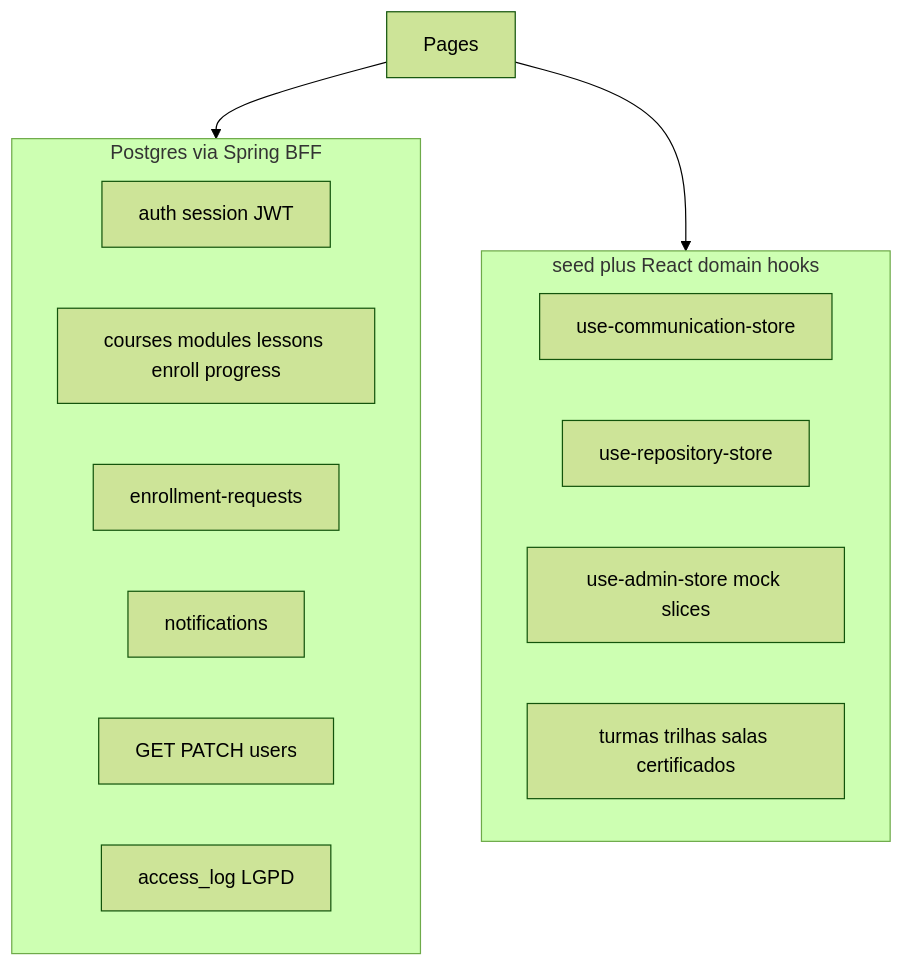
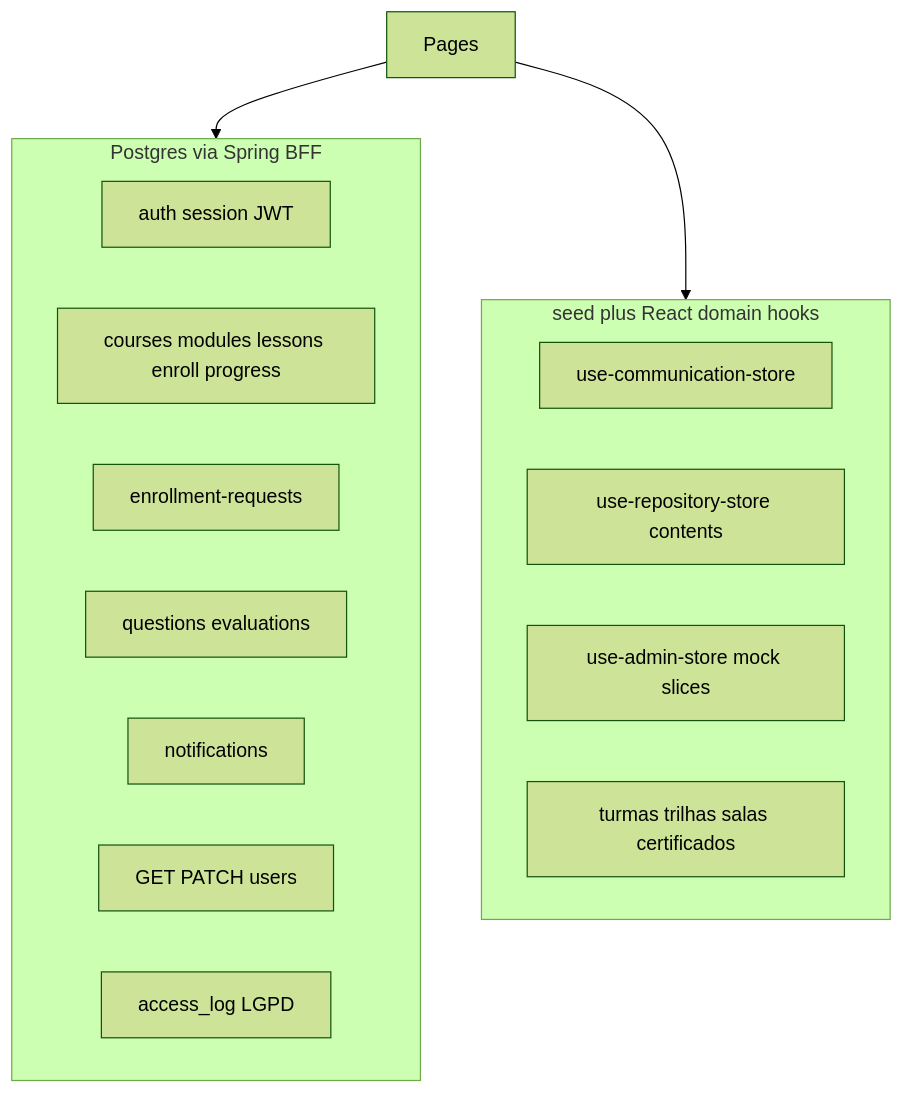
The diagram in AGENTS.md (GrigoriDevv/navoxi-lms), drawn with Mermaid (forest theme) before and after one commit. The commit also changed other lines of this file and 31 other files, not shown here.

First line of the commit message:
feat: persist questions and evaluations

````diff
--- a/AGENTS.md
+++ b/AGENTS.md
@@ -22,19 +23,20 @@
 ```mermaid
 flowchart TB
   subgraph java [Postgres via Spring BFF]
     Auth[auth session JWT]
     Learn[courses modules lessons enroll progress]
     EnrollReq[enrollment-requests]
+    QuestionsEval[questions evaluations]
     Notif[notifications]
     UsersAdmin[GET PATCH users]
     AccessLog[access_log LGPD]
   end
   subgraph mock [seed plus React domain hooks]
     Comm[use-communication-store]
-    Repo[use-repository-store]
+    RepoContents[use-repository-store contents]
     AdminMock[use-admin-store mock slices]
     LearnMock[turmas trilhas salas certificados]
   end
   UI[Pages] --> java
   UI --> mock
 ```
````
